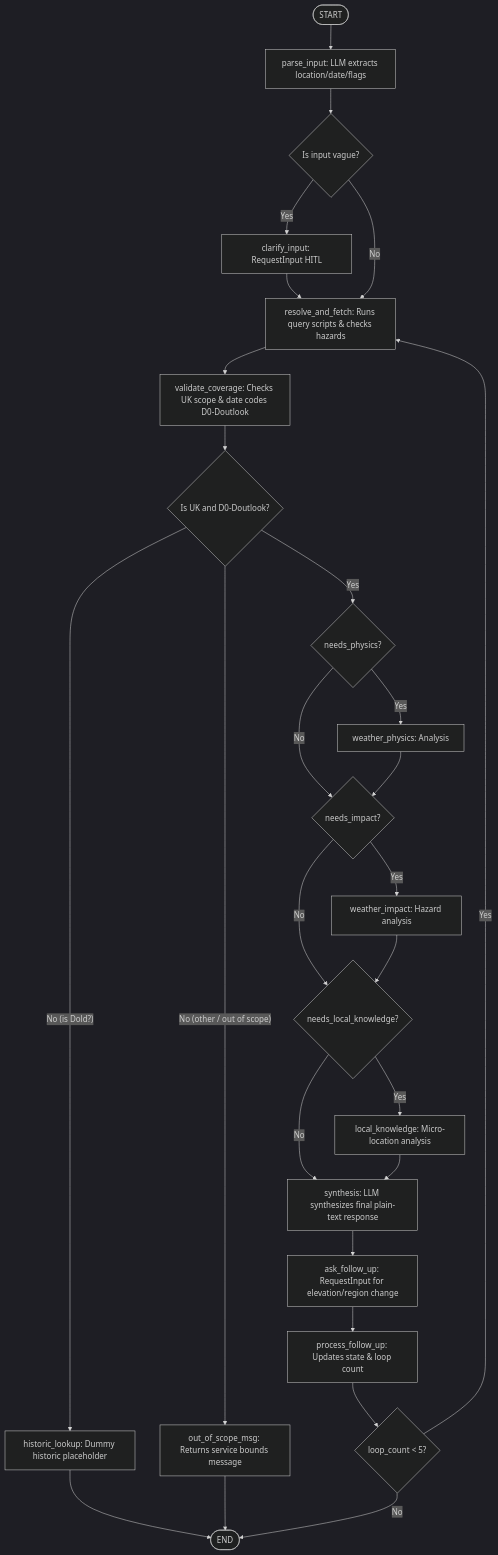
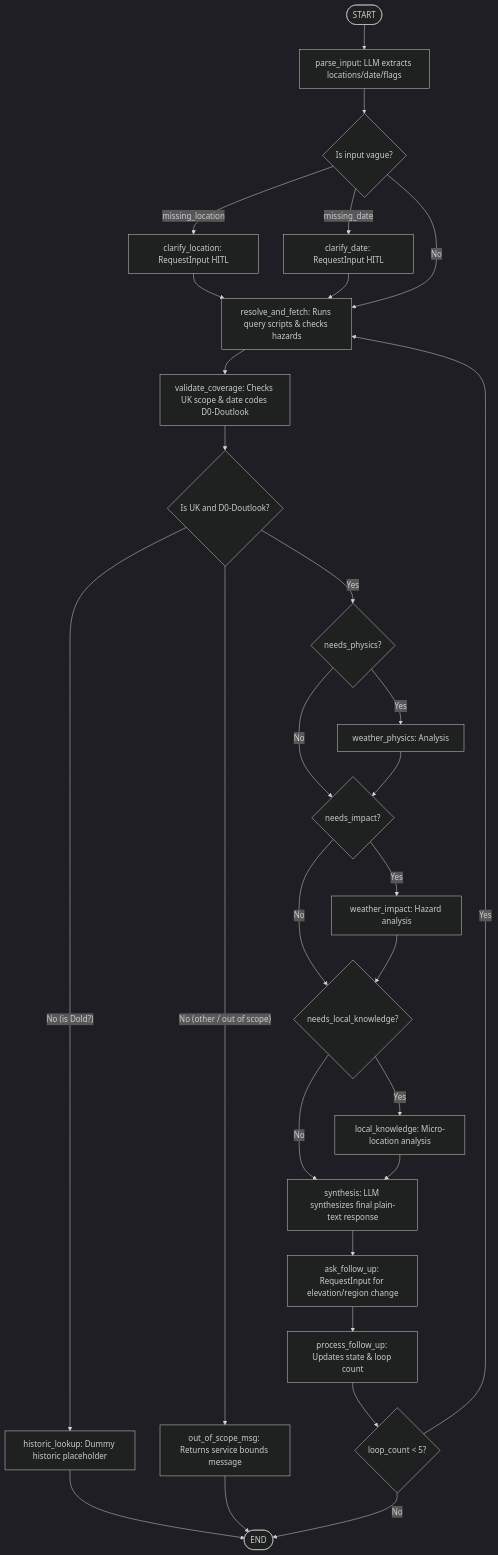
One commit to MehmetKaratay/MWISagent changed the diagram in specs/agent_workflow.spec.md. Above: the diagram before and after it, drawn with Mermaid (dark theme). The commit also changed other lines of this file and 2 other files, not shown here.

First line of the commit message:
docs(specs): define missing input routing and multi-region comparisons

````diff
--- a/specs/agent_workflow.spec.md
+++ b/specs/agent_workflow.spec.md
@@ -77,47 +88,49 @@
 ```mermaid
 graph TD
-    START([START]) --> parse_input[parse_input: LLM extracts location/date/flags]
+    START([START]) --> parse_input[parse_input: LLM extracts locations/date/flags]
     parse_input --> check_ambiguity{Is input vague?}
 
     %% Ambiguity route
-    check_ambiguity -- Yes --> clarify_input[clarify_input: RequestInput HITL]
-    clarify_input --> resolve_and_fetch
+    check_ambiguity -- missing_location --> clarify_location[clarify_location: RequestInput HITL]
+    check_ambiguity -- missing_date --> clarify_date[clarify_date: RequestInput HITL]
+    clarify_location --> resolve_and_fetch
+    clarify_date --> resolve_and_fetch
 
     %% Clear route
     check_ambiguity -- No --> resolve_and_fetch[resolve_and_fetch: Runs query scripts & checks hazards]
 
     resolve_and_fetch --> validate_coverage[validate_coverage: Checks UK scope & date codes D0-Doutlook]
 
     validate_coverage --> check_valid{Is UK and D0-Doutlook?}
 
     %% Non-valid routing
     check_valid -- No (is Dold?) --> historic_lookup[historic_lookup: Dummy historic placeholder]
     check_valid -- No (other / out of scope) --> out_of_scope_msg[out_of_scope_msg: Returns service bounds message]
 
     historic_lookup --> END([END])
     out_of_scope_msg --> END
 
     %% Valid routing
     check_valid -- Yes --> check_physics{needs_physics?}
 
     check_physics -- Yes --> weather_physics[weather_physics: Analysis]
     check_physics -- No --> check_impact{needs_impact?}
 
     weather_physics --> check_impact
     check_impact -- Yes --> weather_impact[weather_impact: Hazard analysis]
     check_impact -- No --> check_local{needs_local_knowledge?}
 
     weather_impact --> check_local
     check_local -- Yes --> local_knowledge[local_knowledge: Micro-location analysis]
     check_local -- No --> synthesis
 
     local_knowledge --> synthesis[synthesis: LLM synthesizes final plain-text response]
 
     %% Follow-up interactive loop
     synthesis --> ask_follow_up[ask_follow_up: RequestInput for elevation/region change]
     ask_follow_up --> process_follow_up[process_follow_up: Updates state & loop count]
     process_follow_up --> check_loop_limit{loop_count < 5?}
 
     check_loop_limit -- Yes --> resolve_and_fetch
     check_loop_limit -- No --> END
 ```
````
